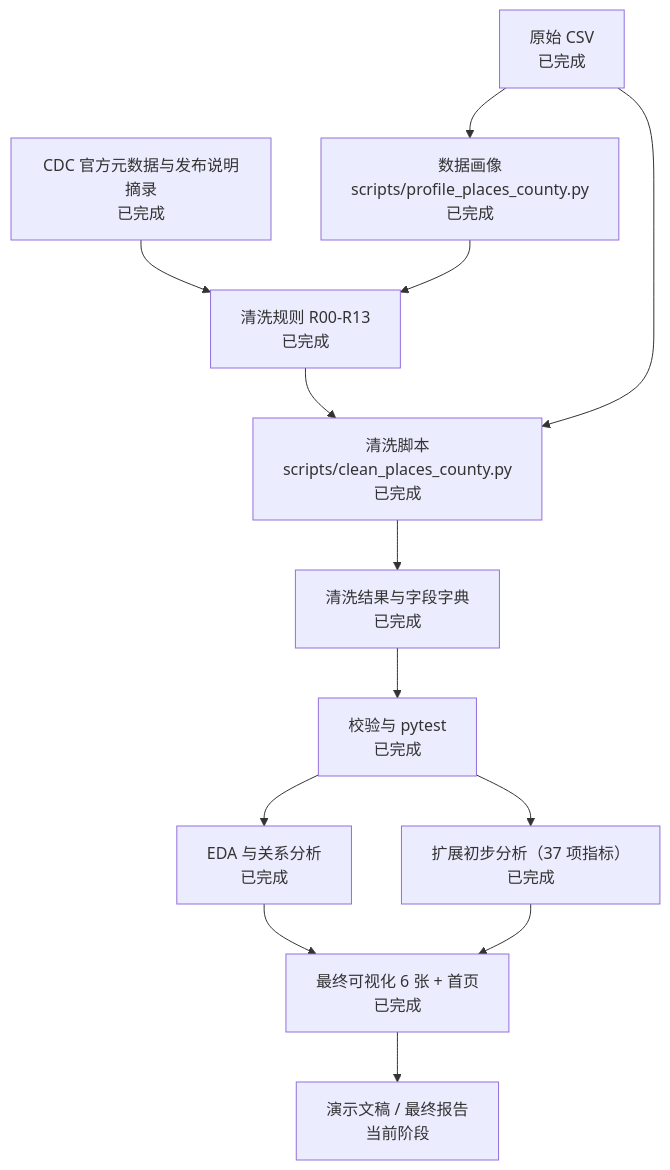
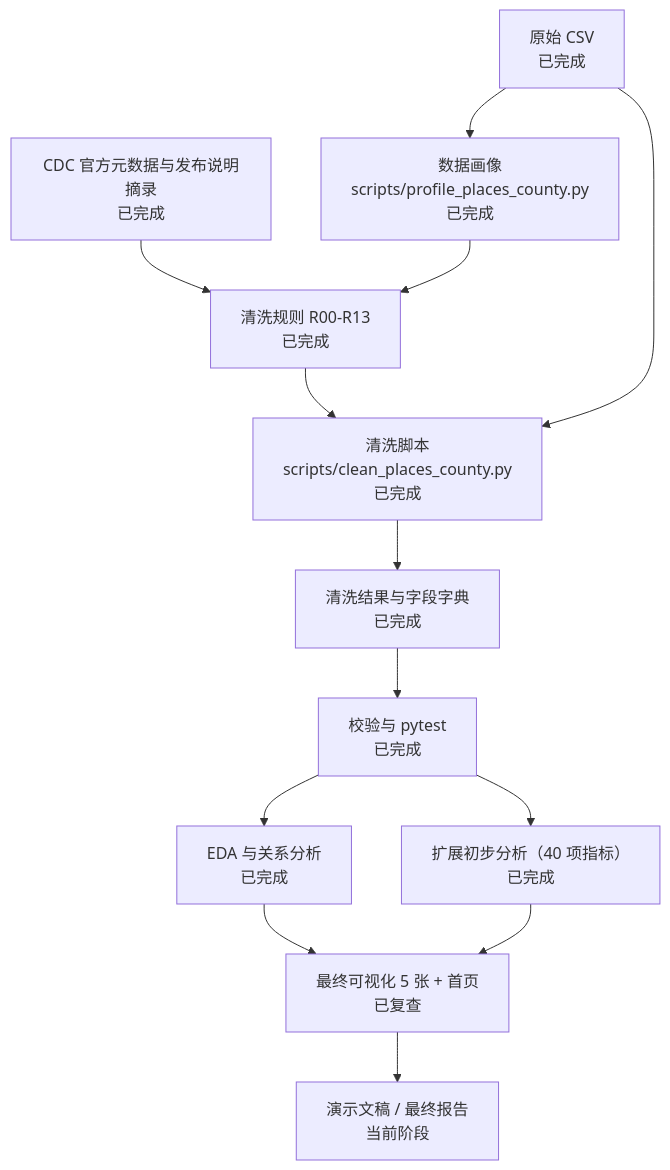
The diagram in reports/project_status/SD6105_project_status_and_pipeline.md (huazhangz/NTU-DATA-VISUALIZATION-PROJECT), drawn with Mermaid before and after one commit. The commit also changed other lines of this file and 47 other files, not shown here.

````diff
--- a/reports/project_status/SD6105_project_status_and_pipeline.md
+++ b/reports/project_status/SD6105_project_status_and_pipeline.md
@@ -60,27 +71,27 @@
 ```mermaid
 flowchart TD
     raw["原始 CSV<br/>已完成"]
     meta["CDC 官方元数据与发布说明摘录<br/>已完成"]
     profile["数据画像<br/>scripts/profile_places_county.py<br/>已完成"]
     rules["清洗规则 R00-R13<br/>已完成"]
     clean["清洗脚本<br/>scripts/clean_places_county.py<br/>已完成"]
     out["清洗结果与字段字典<br/>已完成"]
     valid["校验与 pytest<br/>已完成"]
     eda["EDA 与关系分析<br/>已完成"]
-    ext["扩展初步分析（37 项指标）<br/>已完成"]
-    viz["最终可视化 6 张 + 首页<br/>已完成"]
+    ext["扩展初步分析（40 项指标）<br/>已完成"]
+    viz["最终可视化 5 张 + 首页<br/>已复查"]
     deliver["演示文稿 / 最终报告<br/>当前阶段"]
 
     raw --> profile
     meta --> rules
     profile --> rules
     rules --> clean
     raw --> clean
     clean --> out
     out --> valid
     valid --> eda
     valid --> ext
     eda --> viz
     ext --> viz
     viz --> deliver
 ```
````
